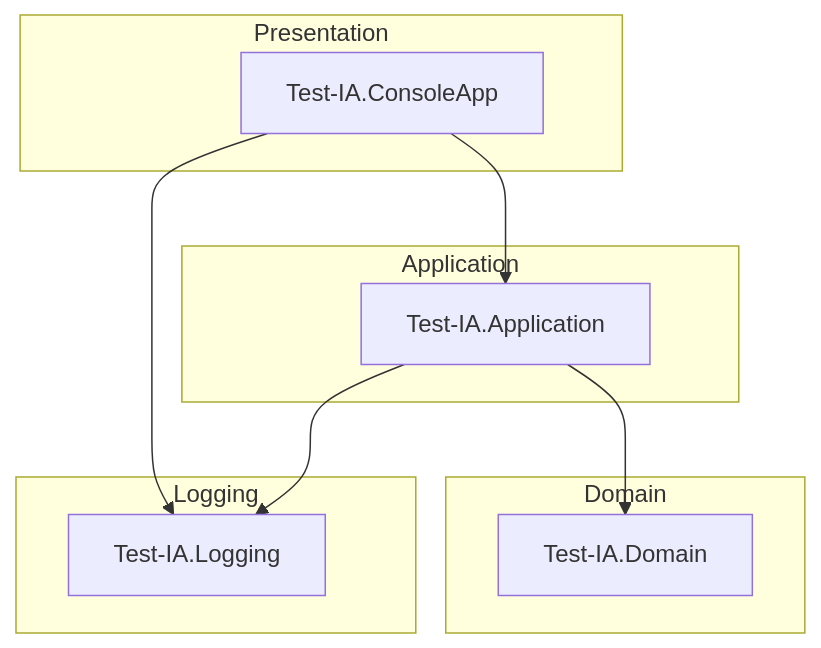
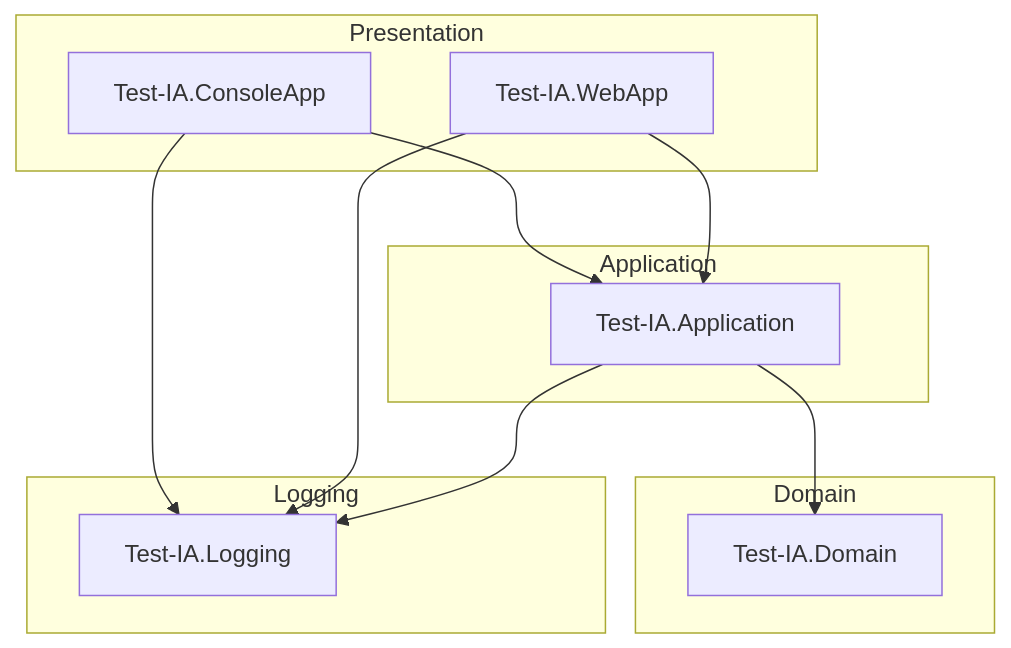
Before and after one commit to manuelfva/IA: the diagram in README.md, drawn with Mermaid. The commit also changed other lines of this file and 12 other files, not shown here.

Commit message:
Add WebApp project.

````diff
--- a/README.md
+++ b/README.md
@@ -29,19 +29,22 @@
 ```mermaid
 graph TB
     subgraph Presentation
         CA[Test-IA.ConsoleApp]
+        WA[Test-IA.WebApp]
     end
     subgraph Application
         App[Test-IA.Application]
     end
     subgraph Domain
         Dom[Test-IA.Domain]
     end
     subgraph Logging
         Log[Test-IA.Logging]
     end
     CA --> App
     CA --> Log
+    WA --> App
+    WA --> Log
     App --> Dom
     App --> Log
 ```
````
